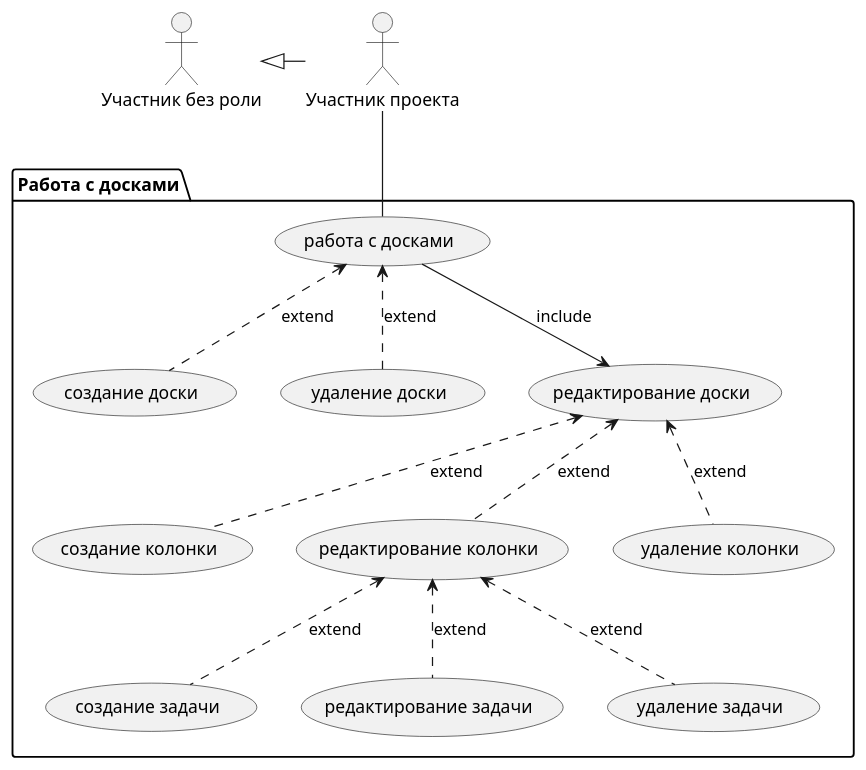
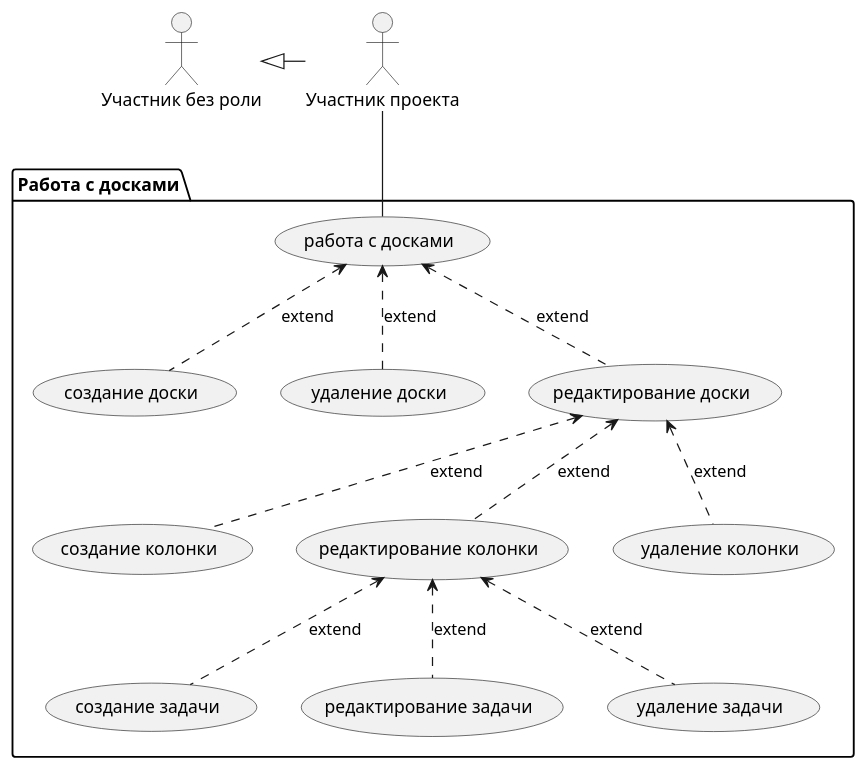
The diagram in doc/diagrams/use case/project member use case.puml (HandsAndKeyboards/TFlic), drawn with PlantUML before and after one commit. The commit also changed 2 other files, not shown here.

Commit message:
заменил include на extend

```diff
--- a/doc/diagrams/use case/project member use case.puml
+++ b/doc/diagrams/use case/project member use case.puml
@@ -1,30 +1,30 @@
 @startuml
 'https://plantuml.com/use-case-diagram
 
 'left to right direction
 
 '''''''''''''''''''''''''''''''''''''''''''''''''''''''''''''''''''' УЧАСТНИК ПРОЕКТОВ
 
 :Участник проекта: as projectsMember
 projectsMember -left-|> :Участник без роли:
 
 package "Работа с досками" {
     (работа с досками) as workOnBoards
     projectsMember -- workOnBoards
     
     workOnBoards <.. (создание доски) : extend
     workOnBoards <.. (удаление доски) : extend
     
     (редактирование доски) as boardEdit
-    workOnBoards --> boardEdit : include
+    workOnBoards <.. boardEdit : extend
     
     boardEdit <.. (создание колонки) : extend
     boardEdit <.. (редактирование колонки) : extend
     boardEdit <.. (удаление колонки) : extend
     
     (редактирование колонки) <.. (создание задачи) : extend
     (редактирование колонки) <.. (редактирование задачи) : extend
     (редактирование колонки) <.. (удаление задачи) : extend
 }
 
 @enduml
```
